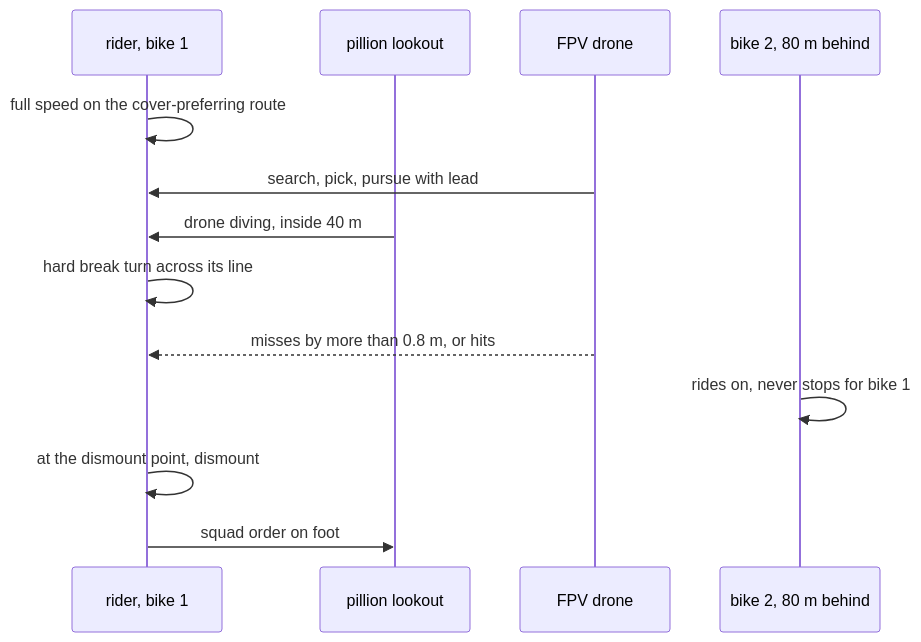
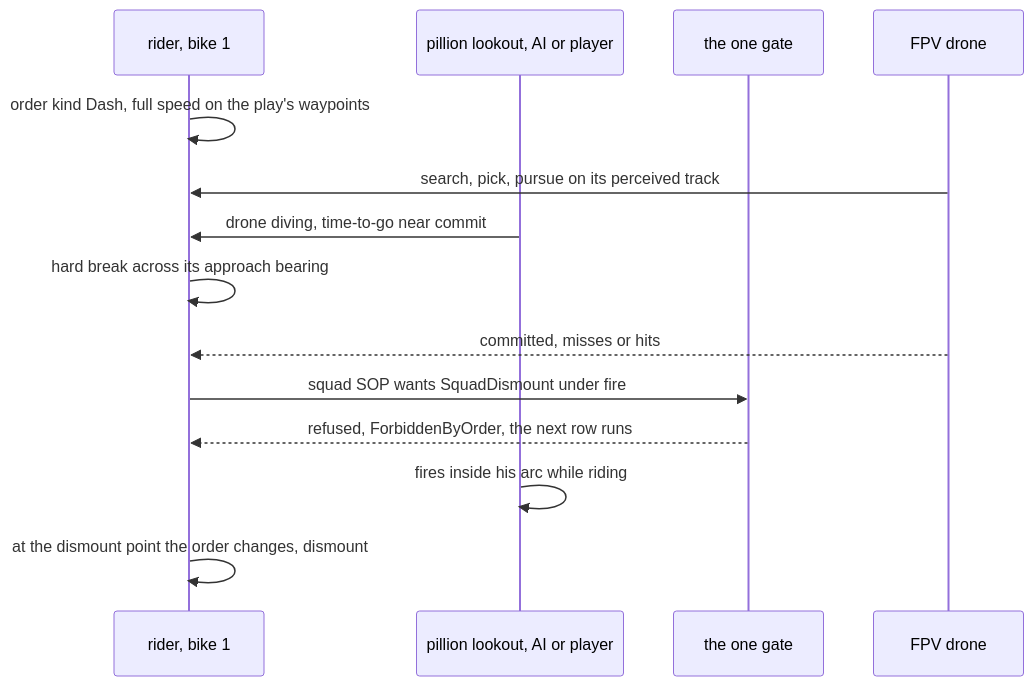
The second of 3 diagrams in docs/designs/vehicle-tactics/DESIGN_Motorcycle.md (pjanec/HROT), drawn with Mermaid before and after one commit. The commit also changed other lines of this file and 4 other files, not shown here.

First line of the commit message:
docs: fold the reviews - motorcycle (conduct categories, player drive / pillion, R-4263) and checkpoint/ramming READY-TO-BUILD; CE-4621, CE-4622

````diff
--- a/docs/designs/vehicle-tactics/DESIGN_Motorcycle.md
+++ b/docs/designs/vehicle-tactics/DESIGN_Motorcycle.md
@@ -147,15 +176,16 @@
 ```mermaid
 sequenceDiagram
   participant R as rider, bike 1
-  participant P as pillion lookout
+  participant P as pillion lookout, AI or player
+  participant G as the one gate
   participant D as FPV drone
-  participant B as bike 2, 80 m behind
-  R->>R: full speed on the cover-preferring route
-  D->>R: search, pick, pursue with lead
-  P->>R: drone diving, inside 40 m
-  R->>R: hard break turn across its line
-  D-->>R: misses by more than 0.8 m, or hits
-  B->>B: rides on, never stops for bike 1
-  R->>R: at the dismount point, dismount
-  R->>P: squad order on foot
+  R->>R: order kind Dash, full speed on the play's waypoints
+  D->>R: search, pick, pursue on its perceived track
+  P->>R: drone diving, time-to-go near commit
+  R->>R: hard break across its approach bearing
+  D-->>R: committed, misses or hits
+  R->>G: squad SOP wants SquadDismount under fire
+  G-->>R: refused, ForbiddenByOrder, the next row runs
+  P->>P: fires inside his arc while riding
+  R->>R: at the dismount point the order changes, dismount
 ```
````
